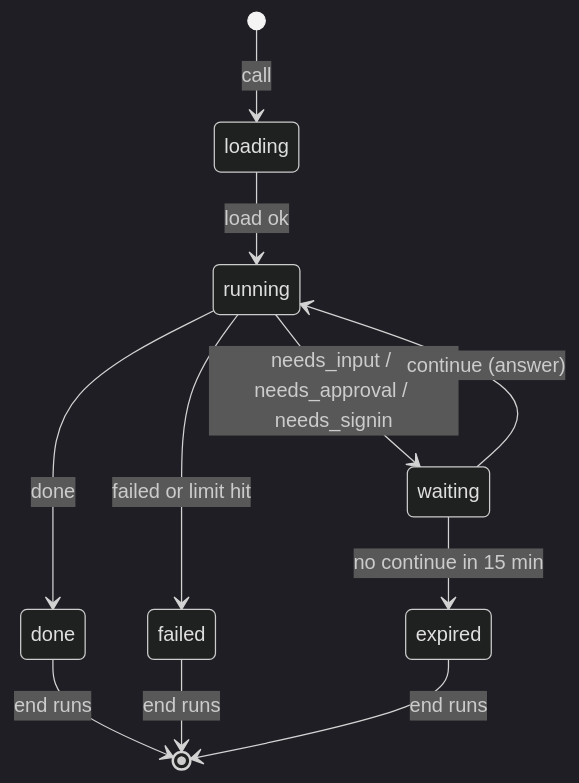
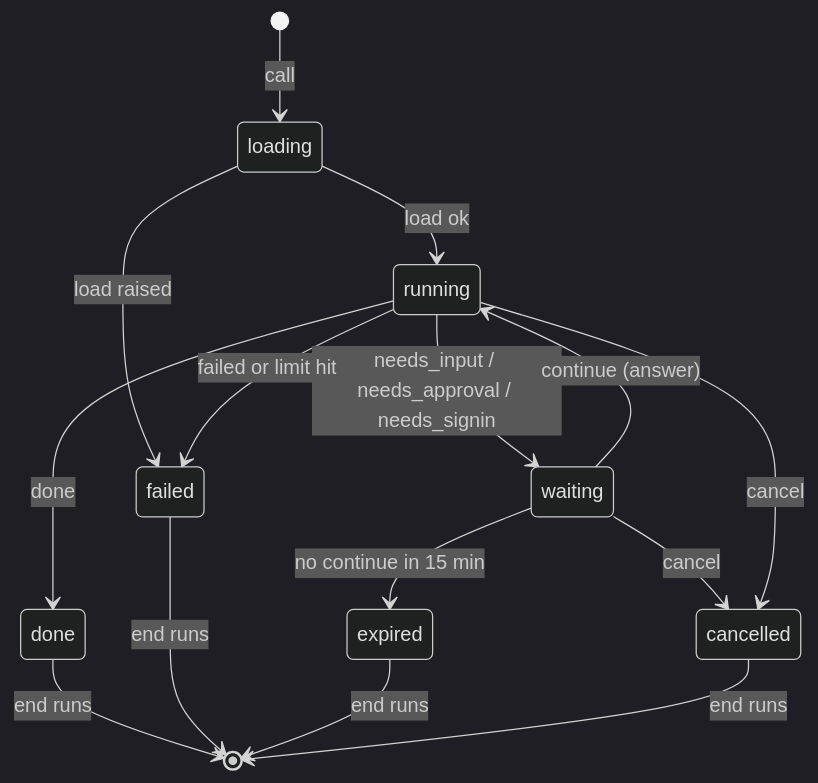
Diagram 13 of 13 in docs/architecture.md (glyphh-ai/rrotor), drawn with Mermaid (dark theme) before and after one commit. The commit also changed other lines of this file, not shown here.

````diff
--- a/docs/architecture.md
+++ b/docs/architecture.md
@@ -572,13 +625,17 @@
 ```mermaid
 stateDiagram-v2
     [*] --> loading: call
     loading --> running: load ok
+    loading --> failed: load raised
     running --> waiting: needs_input / needs_approval / needs_signin
     waiting --> running: continue (answer)
     waiting --> expired: no continue in 15 min
+    waiting --> cancelled: cancel
+    running --> cancelled: cancel
     running --> done: done
     running --> failed: failed or limit hit
     done --> [*]: end runs
     failed --> [*]: end runs
     expired --> [*]: end runs
+    cancelled --> [*]: end runs
 ```
````
